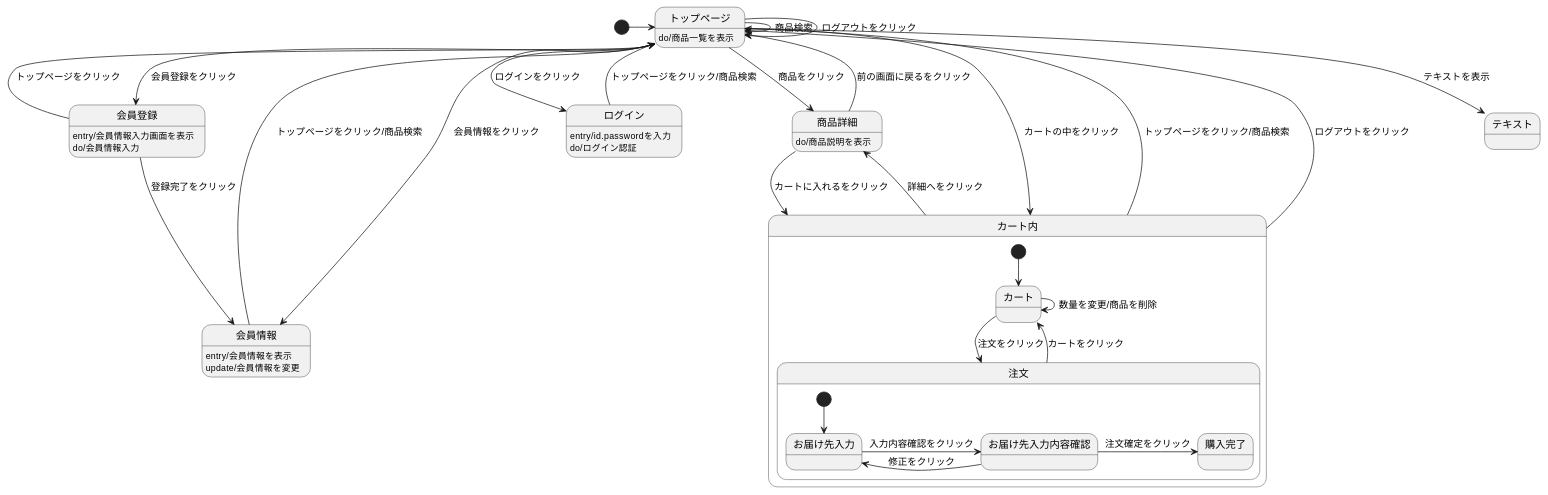
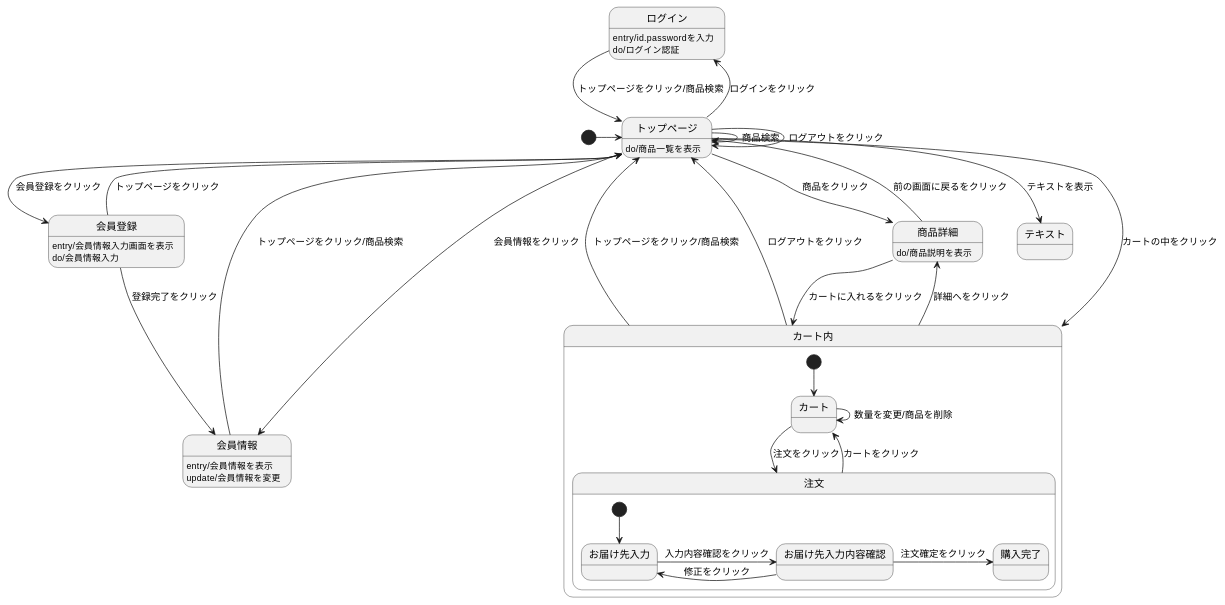
One commit to Aso2001007/System4 changed the diagram in 03_画面遷移図/画面遷移図.md. Above: the diagram before and after it, drawn with PlantUML.

````diff
--- a/03_画面遷移図/画面遷移図.md
+++ b/03_画面遷移図/画面遷移図.md
@@ -1,54 +1,54 @@
 ```uml
 
 @startuml
 [*] -> トップページ 
 
 会員登録 -left-> トップページ : トップページをクリック
 会員登録 -down-> 会員情報 :登録完了をクリック
 会員登録 :entry/会員情報入力画面を表示
 会員登録 :do/会員情報入力
 
 会員情報 -left-> トップページ : トップページをクリック/商品検索 
 会員情報 : entry/会員情報を表示
 会員情報 : update/会員情報を変更
 
 ログイン -down-> トップページ : トップページをクリック/商品検索 
 ログイン : entry/id.passwordを入力 
 ログイン : do/ログイン認証 
 
 トップページ --> 会員登録 : 会員登録をクリック
-トップページ --> 会員情報 : 会員情報をクリック
+トップページ -left-> 会員情報 : 会員情報をクリック
 トップページ --> トップページ : ログアウトをクリック 
 トップページ -> トップページ : 商品検索 
 トップページ -> 商品詳細 : 商品をクリック 
-トップページ -right-> ログイン : ログインをクリック 
+トップページ -up-> ログイン : ログインをクリック 
 トップページ --> カート内 : カートの中をクリック 
 トップページ --> テキスト : テキストを表示
 トップページ : do/商品一覧を表示 
 
 商品詳細 --> カート内 : カートに入れるをクリック 
 商品詳細 --> トップページ : 前の画面に戻るをクリック 
 商品詳細 : do/商品説明を表示
 
  
 
 カート内 -up-> トップページ : トップページをクリック/商品検索 
 カート内 -up-> トップページ : ログアウトをクリック 
 カート内 -> 商品詳細 : 詳細へをクリック 
 
 state カート内 { 
   [*] --> カート 
   カート -> 注文 : 注文をクリック 
   カート -> カート : 数量を変更/商品を削除 
   注文 --> カート : カートをクリック 
 
   state 注文 { 
     [*] --> お届け先入力 
     お届け先入力 -> お届け先入力内容確認 : 入力内容確認をクリック 
     お届け先入力内容確認 -> お届け先入力 : 修正をクリック 
     お届け先入力内容確認 -> 購入完了 : 注文確定をクリック 
   } 
 }
 @enduml
 
 ```
````
